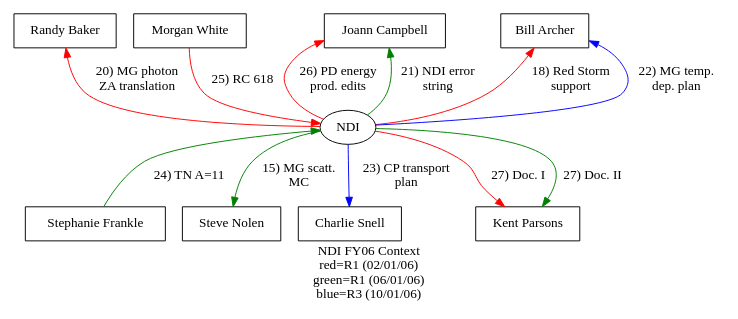
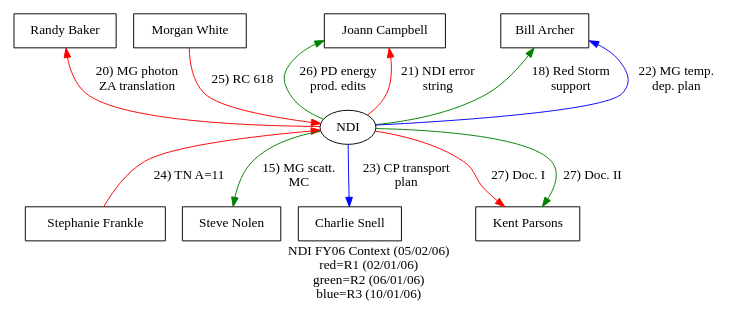
One commit to lanl/ndi changed the diagram in doc/reqt/context_fy06.dot. Above: the diagram before and after it, drawn with Graphviz. The commit also changed 5 other files, not shown here.

```diff
--- a/doc/reqt/context_fy06.dot
+++ b/doc/reqt/context_fy06.dot
@@ -1,38 +1,38 @@
 digraph ndi {
 	//orientation=landscape;
 	size="7.5,10";
 	center=true;
-	label="NDI FY06 Context\nred=R1 (02/01/06)\ngreen=R1 (06/01/06)\nblue=R3 (10/01/06)";
+	label="NDI FY06 Context (05/02/06)\nred=R1 (02/01/06)\ngreen=R2 (06/01/06)\nblue=R3 (10/01/06)";
 	node[shape="box"];
 
 	/* stakeholders */
 	rsb[label="Randy Baker"];
 	drnuke[label="Steve Nolen"];
 	jomc[label="Joann Campbell"];
 	barcher[label="Bill Archer"];
 	morgan[label="Morgan White"];
 	frankles[label="Stephanie Frankle"];
 	cms[label="Charlie Snell"];
 	dkp[label="Kent Parsons"];
 
 	/* project */
 	ndi[label="NDI", shape="ellipse"];
 
 	morgan -> ndi[label="25) RC 618", color=red];
 	ndi -> dkp[label="27) Doc. I", color=red];
 	ndi -> rsb[label="20) MG photon\nZA translation", color=red];
-	ndi -> barcher[label="18) Red Storm\nsupport", color=red];
-	ndi -> jomc[label="26) PD energy\nprod. edits", color=red];
+	ndi -> barcher[label="18) Red Storm\nsupport", color=green];
+	ndi -> jomc[label="26) PD energy\nprod. edits", color=green];
 
-	frankles -> ndi[label="24) TN A=11", color=green];
-	ndi -> jomc[label="21) NDI error\nstring", color=green];
+	frankles -> ndi[label="24) TN A=11", color=red];
+	ndi -> jomc[label="21) NDI error\nstring", color=red];
 	ndi -> drnuke[label="15) MG scatt.\nMC", color=green];
 	ndi -> dkp[label="27) Doc. II", color=green];
 
 	ndi -> barcher[label="22) MG temp.\ndep. plan", color=blue];
 	ndi -> cms[label="23) CP transport\nplan", color=blue];
 
 	{rank = min; morgan; rsb; barcher; jomc} 
 	{rank = max; drnuke; dkp; frankles; cms}
 
 }
```
